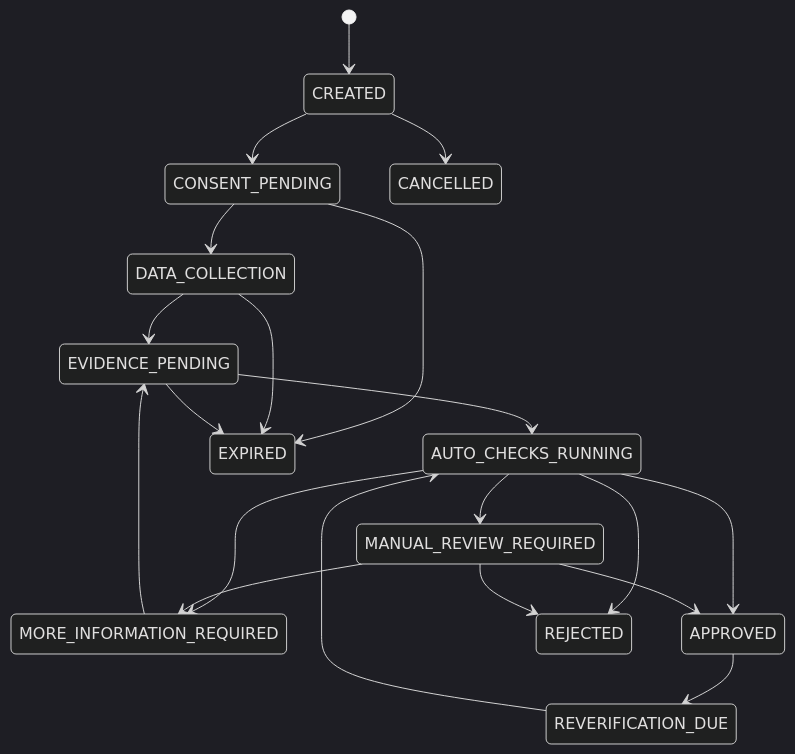
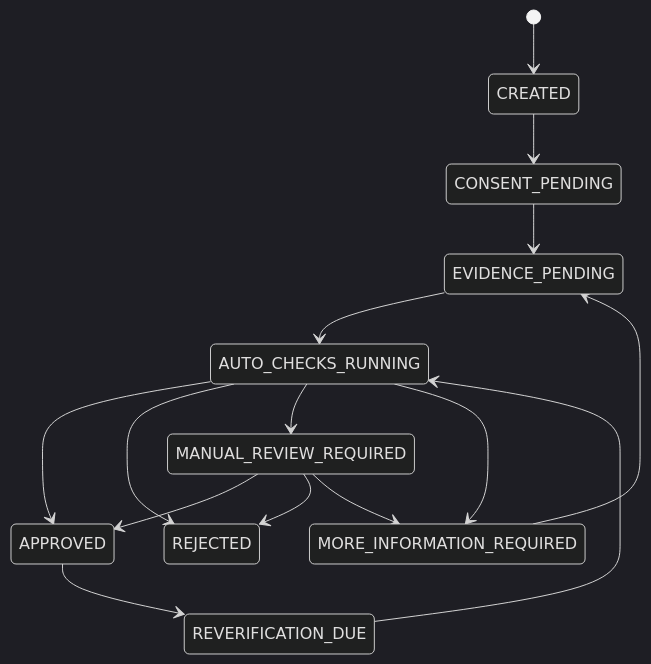
The fourth of 9 diagrams in src/content/system-design/kyc-pipeline.md (AvadhBhalodiya/Interview-Preparation), drawn with Mermaid (dark theme) before and after one commit. The commit also changed other lines of this file and 54 other files, not shown here.

````diff
--- a/src/content/system-design/kyc-pipeline.md
+++ b/src/content/system-design/kyc-pipeline.md
@@ -364,22 +387,20 @@
 ```mermaid
 stateDiagram-v2
     [*] --> CREATED
     CREATED --> CONSENT_PENDING
-    CONSENT_PENDING --> DATA_COLLECTION
-    DATA_COLLECTION --> EVIDENCE_PENDING
+    CONSENT_PENDING --> EVIDENCE_PENDING
     EVIDENCE_PENDING --> AUTO_CHECKS_RUNNING
-    AUTO_CHECKS_RUNNING --> MORE_INFORMATION_REQUIRED
-    MORE_INFORMATION_REQUIRED --> EVIDENCE_PENDING
-    AUTO_CHECKS_RUNNING --> MANUAL_REVIEW_REQUIRED
+
     AUTO_CHECKS_RUNNING --> APPROVED
     AUTO_CHECKS_RUNNING --> REJECTED
+    AUTO_CHECKS_RUNNING --> MANUAL_REVIEW_REQUIRED
+    AUTO_CHECKS_RUNNING --> MORE_INFORMATION_REQUIRED
+
+    MORE_INFORMATION_REQUIRED --> EVIDENCE_PENDING
     MANUAL_REVIEW_REQUIRED --> APPROVED
     MANUAL_REVIEW_REQUIRED --> REJECTED
     MANUAL_REVIEW_REQUIRED --> MORE_INFORMATION_REQUIRED
-    CREATED --> CANCELLED
-    CONSENT_PENDING --> EXPIRED
-    DATA_COLLECTION --> EXPIRED
-    EVIDENCE_PENDING --> EXPIRED
+
     APPROVED --> REVERIFICATION_DUE
     REVERIFICATION_DUE --> AUTO_CHECKS_RUNNING
 ```
````
